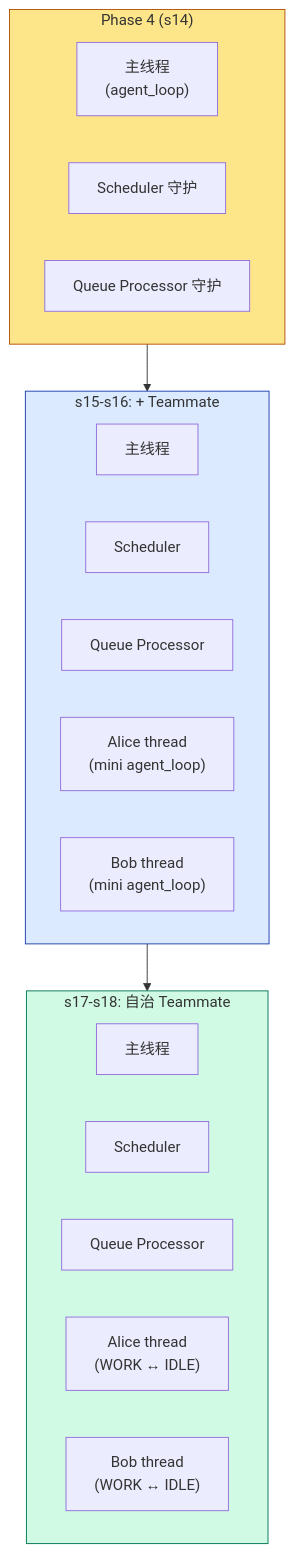
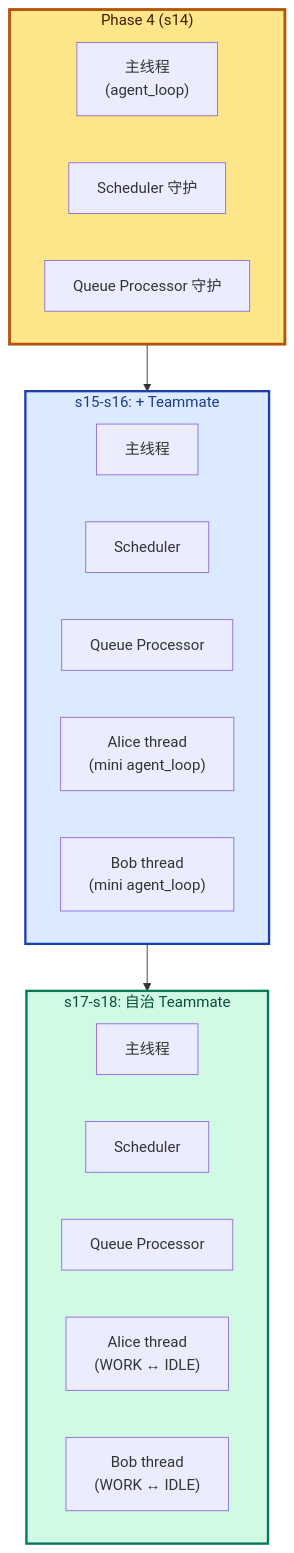
Before and after one commit to PyrePuin/From-Zero-LLM-Agent-Infra-Notes: the second of 3 diagrams in Agent/Harness/Claude Code/Phase 5 - 多智能体/00 - 综合总结.md, drawn with Mermaid. The commit also changed other lines of this file and 23 other files, not shown here.

First line of the commit message:
refactor(mermaid): 统一所有图的视觉规范

````diff
--- a/Agent/Harness/Claude Code/Phase 5 - 多智能体/00 - 综合总结.md
+++ b/Agent/Harness/Claude Code/Phase 5 - 多智能体/00 - 综合总结.md
@@ -180,31 +181,32 @@
 ```mermaid
+%%{init: {'themeVariables': {'fontSize': '16px', 'fontFamily': 'ui-sans-serif, system-ui, -apple-system, "Segoe UI", Roboto, sans-serif'}}}%%
 flowchart TB
     subgraph P4["Phase 4 (s14)"]
         P4A["主线程<br/>(agent_loop)"]
         P4B["Scheduler 守护"]
         P4C["Queue Processor 守护"]
     end
 
     subgraph P5a["s15-s16: + Teammate"]
         P5a1["主线程"]
         P5a2["Scheduler"]
         P5a3["Queue Processor"]
         P5a4["Alice thread<br/>(mini agent_loop)"]
         P5a5["Bob thread<br/>(mini agent_loop)"]
     end
 
     subgraph P5b["s17-s18: 自治 Teammate"]
         P5b1["主线程"]
         P5b2["Scheduler"]
         P5b3["Queue Processor"]
         P5b4["Alice thread<br/>(WORK ↔ IDLE)"]
         P5b5["Bob thread<br/>(WORK ↔ IDLE)"]
     end
 
     P4 --> P5a
     P5a --> P5b
 
-    style P4 fill:#fde68a,stroke:#b45309
-    style P5a fill:#dbeafe,stroke:#1e40af
-    style P5b fill:#d1fae5,stroke:#047857
+    style P4 fill:#fde68a,stroke:#b45309,stroke-width:3px,color:#451a03
+    style P5a fill:#dbeafe,stroke:#1e40af,stroke-width:2.5px,color:#1e3a8a
+    style P5b fill:#d1fae5,stroke:#047857,stroke-width:2.5px,color:#064e3b
 ```
````
